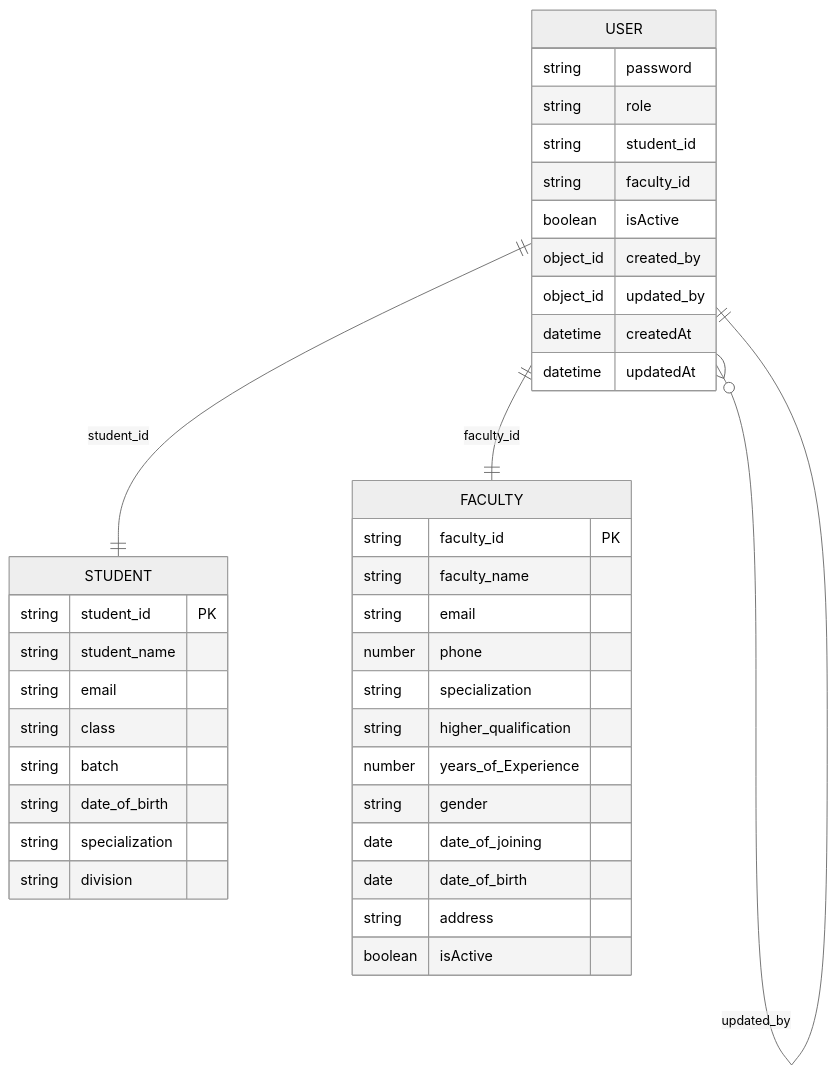
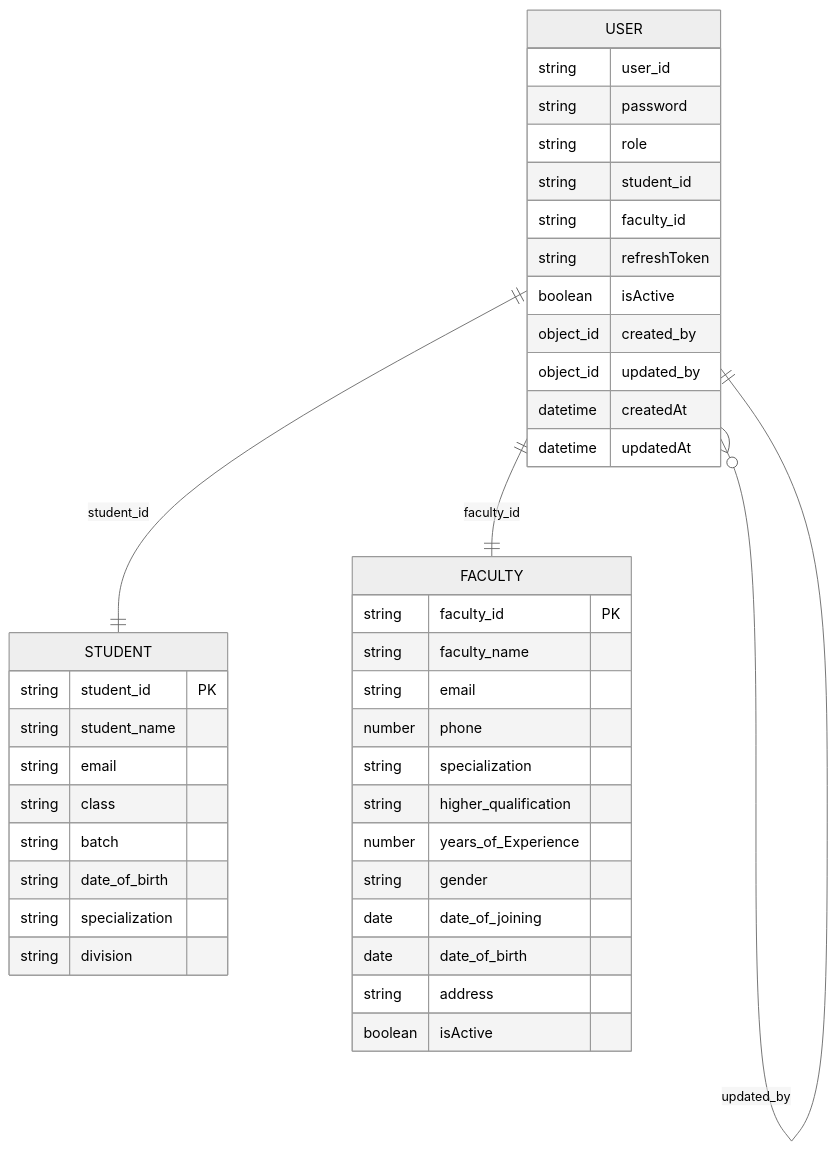
Before and after one commit to Aryan9060/Timetable-Project: the second of 9 diagrams in .qoder/repowiki/en/content/Data Models & Database Schema/Core User Model.md, drawn with Mermaid (neutral theme). The commit also changed other lines of this file and 21 other files, not shown here.

````diff
--- a/.qoder/repowiki/en/content/Data Models & Database Schema/Core User Model.md
+++ b/.qoder/repowiki/en/content/Data Models & Database Schema/Core User Model.md
@@ -89,42 +97,44 @@
 ```mermaid
 erDiagram
 USER {
+string user_id
 string password
 string role
 string student_id
 string faculty_id
+string refreshToken
 boolean isActive
 object_id created_by
 object_id updated_by
 datetime createdAt
 datetime updatedAt
 }
 STUDENT {
 string student_id PK
 string student_name
 string email
 string class
 string batch
 string date_of_birth
 string specialization
 string division
 }
 FACULTY {
 string faculty_id PK
 string faculty_name
 string email
 number phone
 string specialization
 string higher_qualification
 number years_of_Experience
 string gender
 date date_of_joining
 date date_of_birth
 string address
 boolean isActive
 }
 USER ||--|| STUDENT : "student_id"
 USER ||--|| FACULTY : "faculty_id"
 USER }o--|| USER : "created_by"
 USER }o--|| USER : "updated_by"
 ```
````
